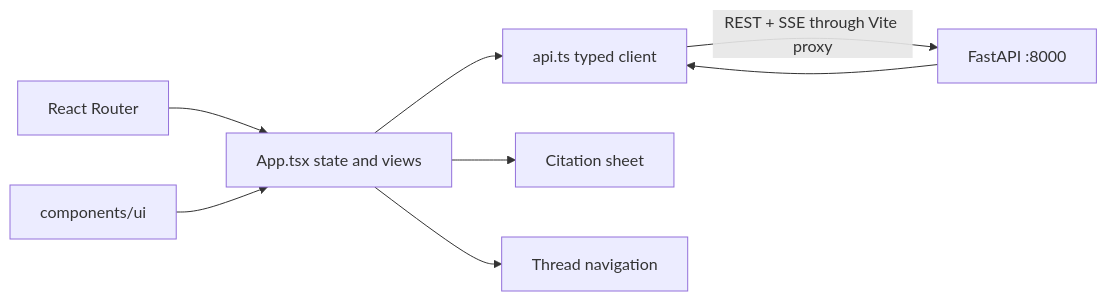
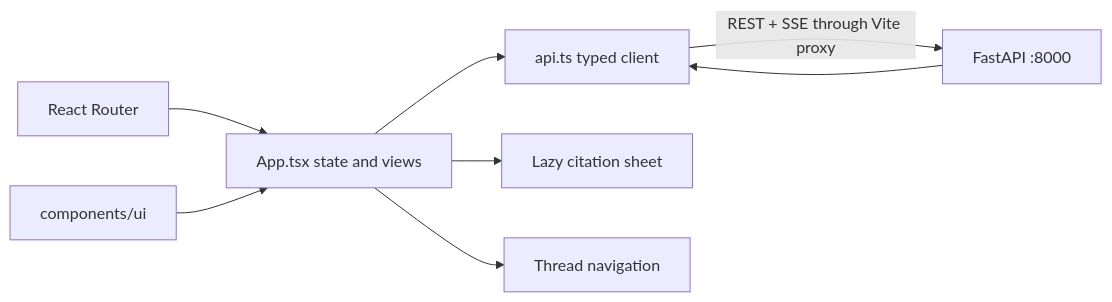
Before and after one commit to nikolabakic/Banking-Technology-and-Operational-Risk-Intelligence-Assistant: the diagram in frontend/README.md, drawn with Mermaid. The commit also changed other lines of this file and 30 other files, not shown here.

````diff
--- a/frontend/README.md
+++ b/frontend/README.md
@@ -17,10 +18,10 @@
 ```mermaid
 flowchart LR
     Router[React Router] --> App[App.tsx state and views]
     App --> Client[api.ts typed client]
     Client -->|REST + SSE through Vite proxy| API[FastAPI :8000]
     API --> Client
-    App --> Sources[Citation sheet]
+    App --> Sources[Lazy citation sheet]
     App --> Threads[Thread navigation]
     Components[components/ui] --> App
 ```
````
